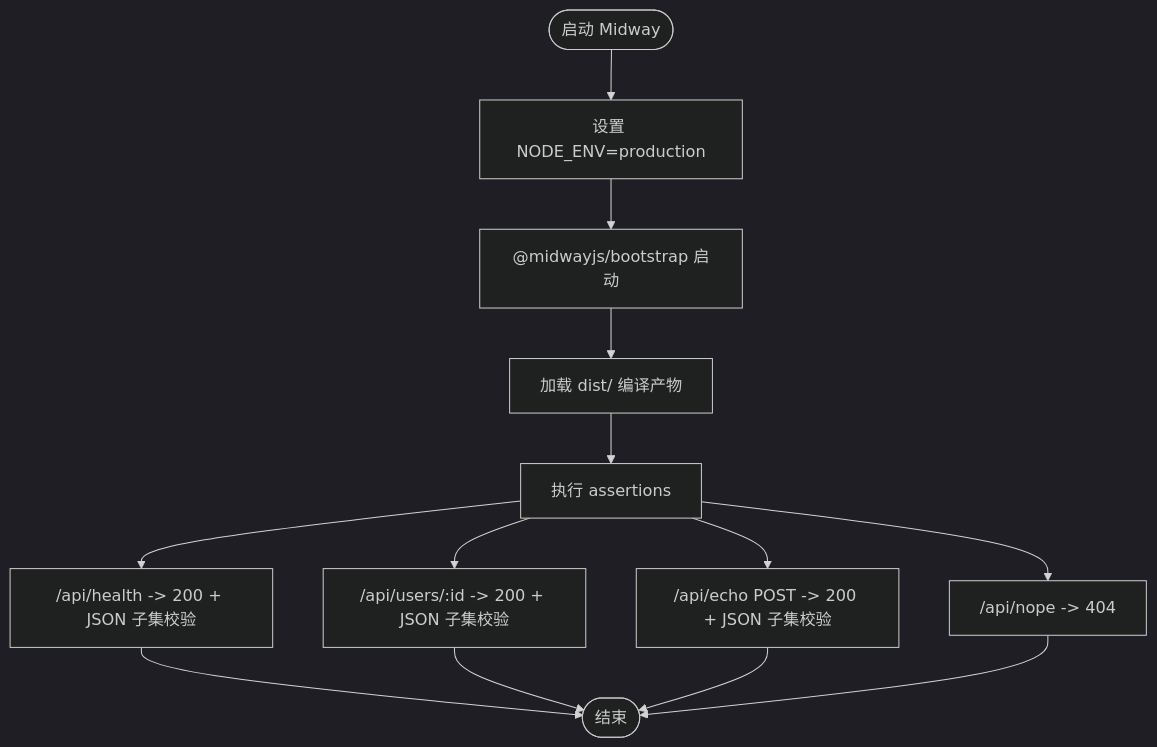
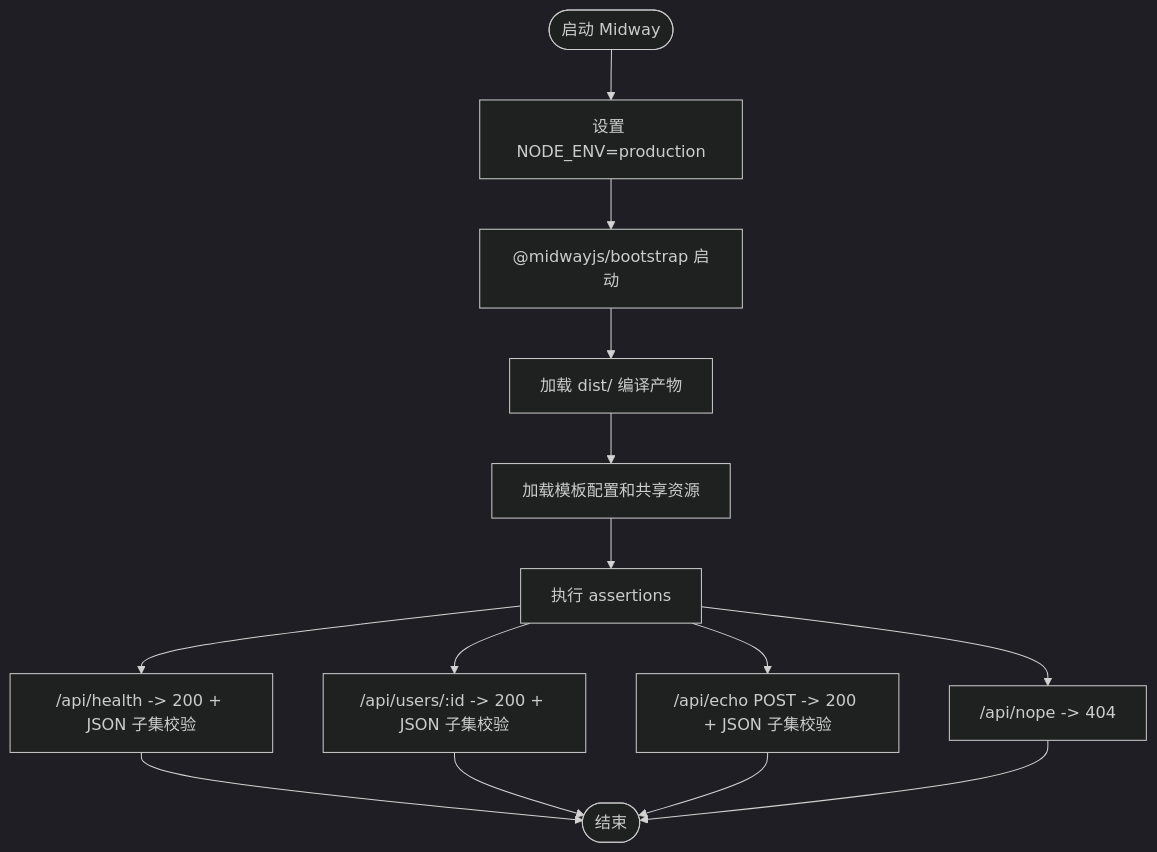
The fifth of 8 diagrams in .qoder/repowiki/zh/content/后端框架测试/后端框架测试套件.md (esa-sp/test-for-aone-ci), drawn with Mermaid (dark theme) before and after one commit. The commit also changed other lines of this file and 58 other files, not shown here.

````diff
--- a/.qoder/repowiki/zh/content/后端框架测试/后端框架测试套件.md
+++ b/.qoder/repowiki/zh/content/后端框架测试/后端框架测试套件.md
@@ -206,15 +277,16 @@
 ```mermaid
 flowchart TD
 Start(["启动 Midway"]) --> SetEnv["设置 NODE_ENV=production"]
 SetEnv --> Bootstrap["@midwayjs/bootstrap 启动"]
 Bootstrap --> Dist["加载 dist/ 编译产物"]
-Dist --> Assert["执行 assertions"]
+Dist --> LoadTemplate["加载模板配置和共享资源"]
+LoadTemplate --> Assert["执行 assertions"]
 Assert --> Health["/api/health -> 200 + JSON 子集校验"]
 Assert --> Users["/api/users/:id -> 200 + JSON 子集校验"]
 Assert --> Echo["/api/echo POST -> 200 + JSON 子集校验"]
 Assert --> NotFound["/api/nope -> 404"]
 Health --> End(["结束"])
 Users --> End
 Echo --> End
 NotFound --> End
 ```
````
